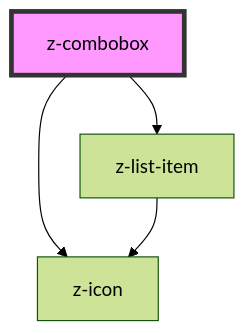
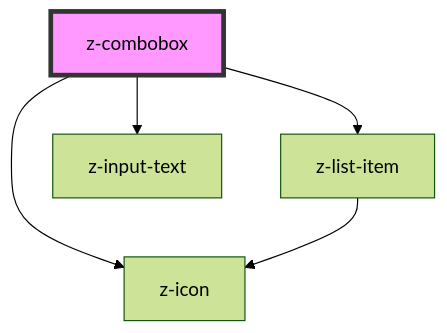
One commit to ZanichelliEditore/design-system changed the diagram in web-components-library/src/components/z-combobox/readme.md. Above: the diagram before and after it, drawn with Mermaid (forest theme). The commit also changed other lines of this file and 7 other files, not shown here.

Commit message:
MYZ-6915 z-input-text

````diff
--- a/web-components-library/src/components/z-combobox/readme.md
+++ b/web-components-library/src/components/z-combobox/readme.md
@@ -26,7 +29,8 @@
 ```mermaid
 graph TD;
   z-combobox --> z-icon
   z-combobox --> z-list-item
+  z-combobox --> z-input-text
   z-list-item --> z-icon
   style z-combobox fill:#f9f,stroke:#333,stroke-width:4px
 ```
````
